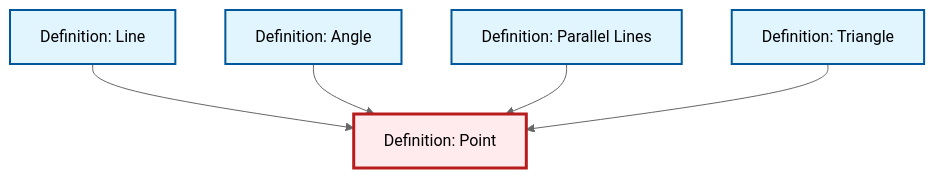
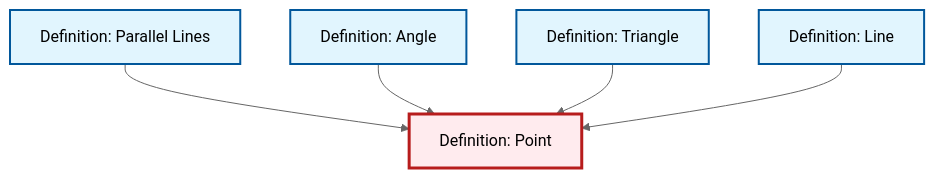
One commit to RK0429/ModernMath changed the diagram in content/en/geometry/def-point.qmd. Above: the diagram before and after it, drawn with Mermaid (neutral theme). The commit also changed other lines of this file and 615 other files, not shown here.

````diff
--- a/content/en/geometry/def-point.qmd
+++ b/content/en/geometry/def-point.qmd
@@ -39,23 +39,23 @@
 ```{mermaid}
 %%| fig-cap: "Local dependency graph"
 graph TD
     classDef definition fill:#e1f5fe,stroke:#01579b,stroke-width:2px
     classDef theorem fill:#f3e5f5,stroke:#4a148c,stroke-width:2px
     classDef axiom fill:#fff3e0,stroke:#e65100,stroke-width:2px
     classDef example fill:#e8f5e9,stroke:#1b5e20,stroke-width:2px
     classDef current fill:#ffebee,stroke:#b71c1c,stroke-width:3px
+    def-line["Definition: Line"]:::definition
     def-triangle["Definition: Triangle"]:::definition
-    def-point["Definition: Point"]:::definition
-    def-line["Definition: Line"]:::definition
     def-parallel["Definition: Parallel Lines"]:::definition
     def-angle["Definition: Angle"]:::definition
+    def-point["Definition: Point"]:::definition
+    def-parallel --> def-point
+    def-angle --> def-point
+    def-triangle --> def-point
     def-line --> def-point
-    def-angle --> def-point
-    def-parallel --> def-point
-    def-triangle --> def-point
     class def-point current
+    click def-line "def-line.html" "Go to Line definition"
     click def-triangle "def-triangle.html" "Go to Triangle definition"
-    click def-line "def-line.html" "Go to Line definition"
     click def-parallel "def-parallel.html" "Go to Parallel Lines definition"
     click def-angle "def-angle.html" "Go to Angle definition"
 ```
````
